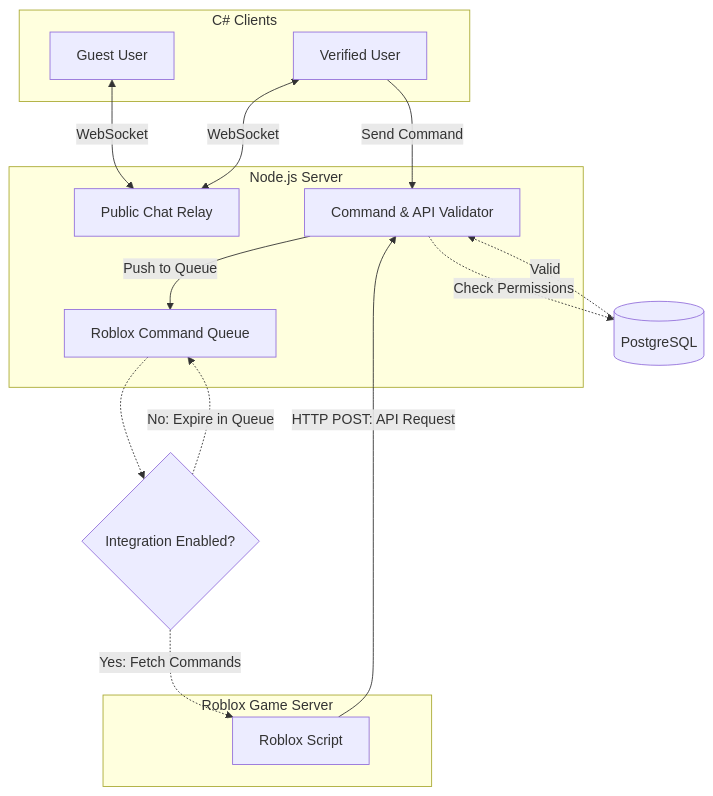
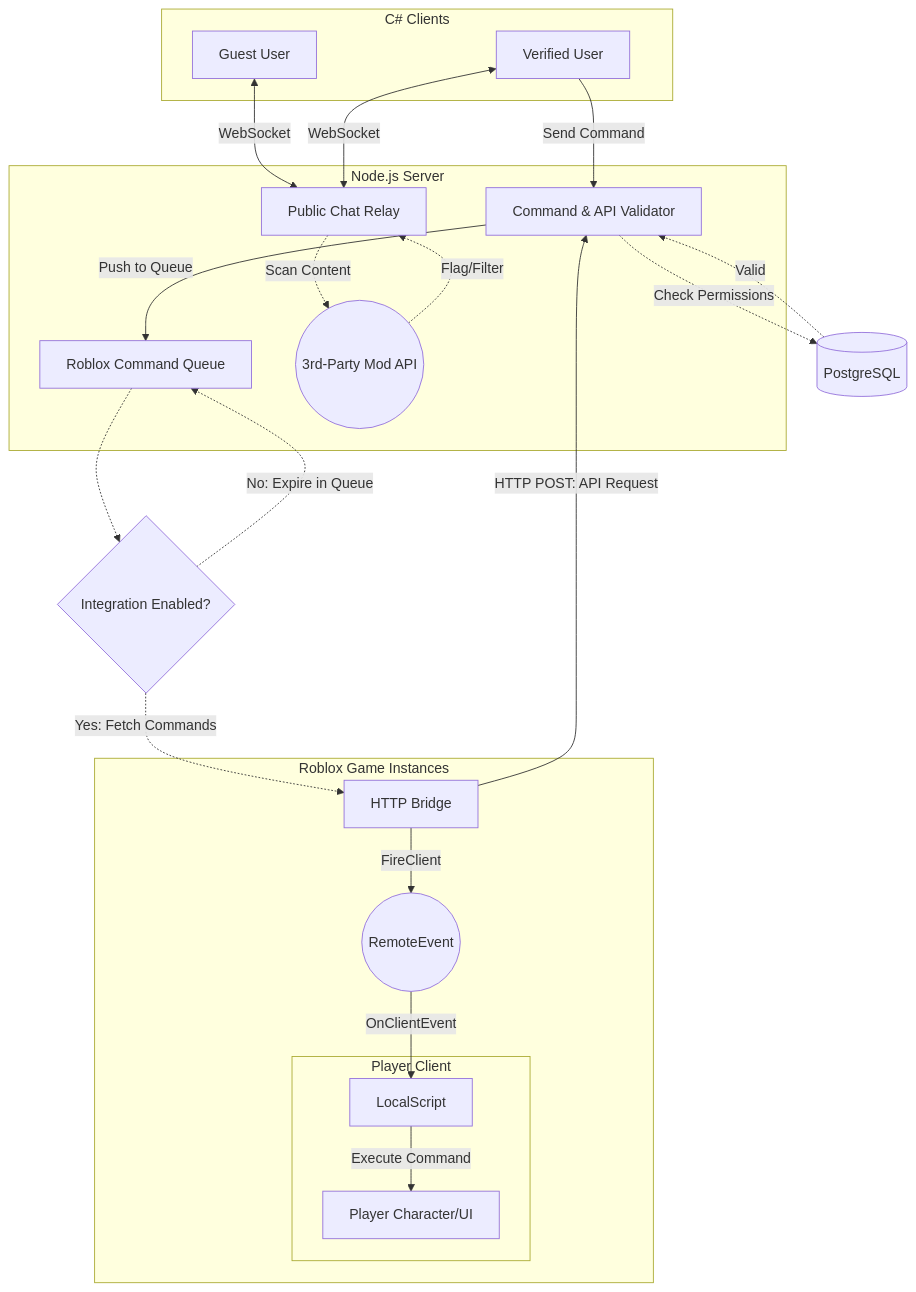
The diagram in CONTRIBUTING.md (AlinaWan/RobloxChatLauncher), drawn with Mermaid before and after one commit.

Commit message:
docs(contributing): Enhance flow diagram with Moderation and Roblox details
Updated the flow diagram to include Moderation and clarify Roblox game instances.

````diff
--- a/CONTRIBUTING.md
+++ b/CONTRIBUTING.md
@@ -96,43 +96,56 @@
 ```mermaid
 graph TD
     %% User Layer
     subgraph Clients [C# Clients]
         U1[Guest User]
         U2[Verified User]
     end
 
     %% Node.js Middleware
     subgraph Server [Node.js Server]
         Chat[Public Chat Relay]
         Auth[Command & API Validator]
         Queue[Roblox Command Queue]
+        ModAPI((3rd-Party Mod API))
     end
 
     %% Database
     DB[(PostgreSQL)]
 
-    %% Flow 1: Public Chat
+    %% Flow 1: Public Chat + Moderation
     U1 <-->|WebSocket| Chat
     U2 <-->|WebSocket| Chat
+    Chat -.->|Scan Content| ModAPI
+    ModAPI -.->|Flag/Filter| Chat
 
     %% Flow 2: Verified Commands (Inbound)
     U2 -->|Send Command| Auth
     Auth -.->|Check Permissions| DB
     DB -.->|Valid| Auth
     Auth -->|Push to Queue| Queue
 
     %% Flow 3: Roblox Integration
     Queue -.-> Gate{Integration Enabled?}
 
-    subgraph Roblox_Instance [Roblox Game Server]
-        RS[Roblox Script]
+    subgraph Roblox_Instance [Roblox Game Instances]
+        RS[HTTP Bridge]
+        RE((RemoteEvent))
+        
+        subgraph Roblox_Client [Player Client]
+            LS[LocalScript]
+            P[Player Character/UI]
+        end
     end
 
     %% Bidirectional Flow
     Gate -.->|Yes: Fetch Commands| RS
-    
-    RS --HTTP POST: API Request--> Auth
+    RS --"HTTP POST: API Request"--> Auth
 
     %% Logic for the Queue
     Gate -.->|No: Expire in Queue| Queue
+
+    %% Internal Roblox Routing
+    RS -->|FireClient| RE
+    RE -->|OnClientEvent| LS
+    LS -->|Execute Command| P
 ```
````
